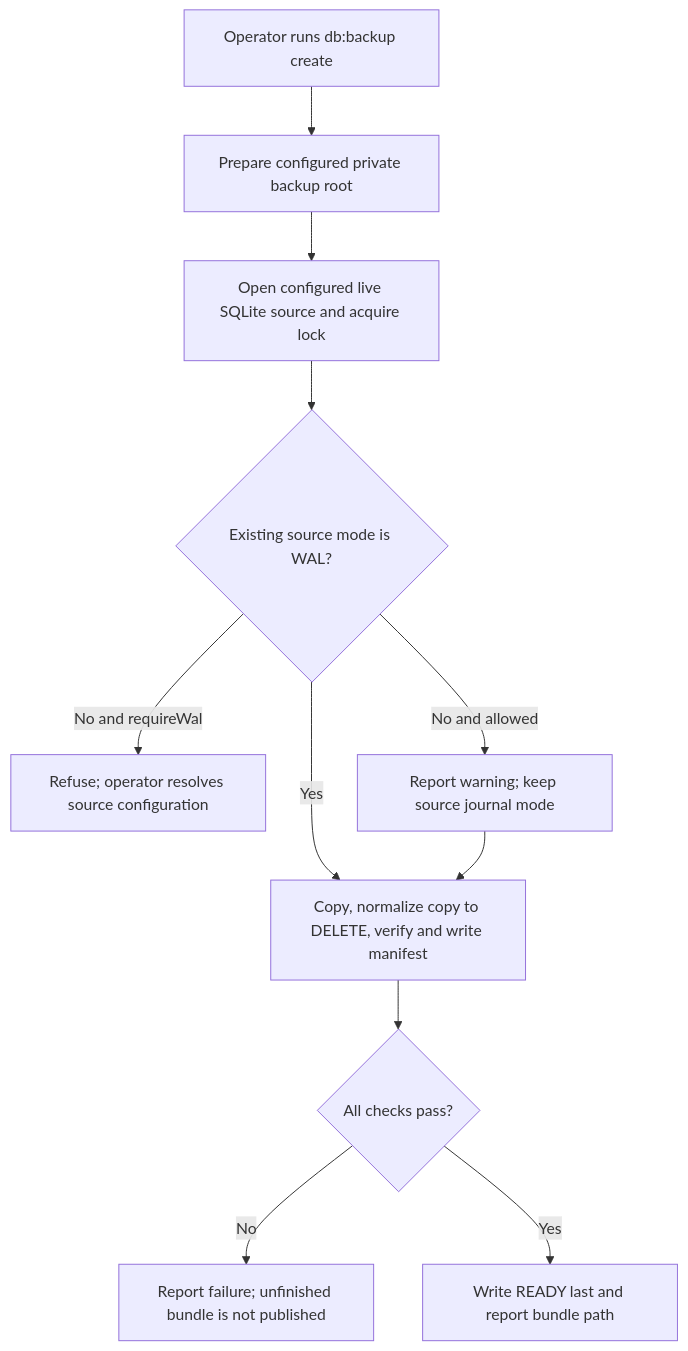
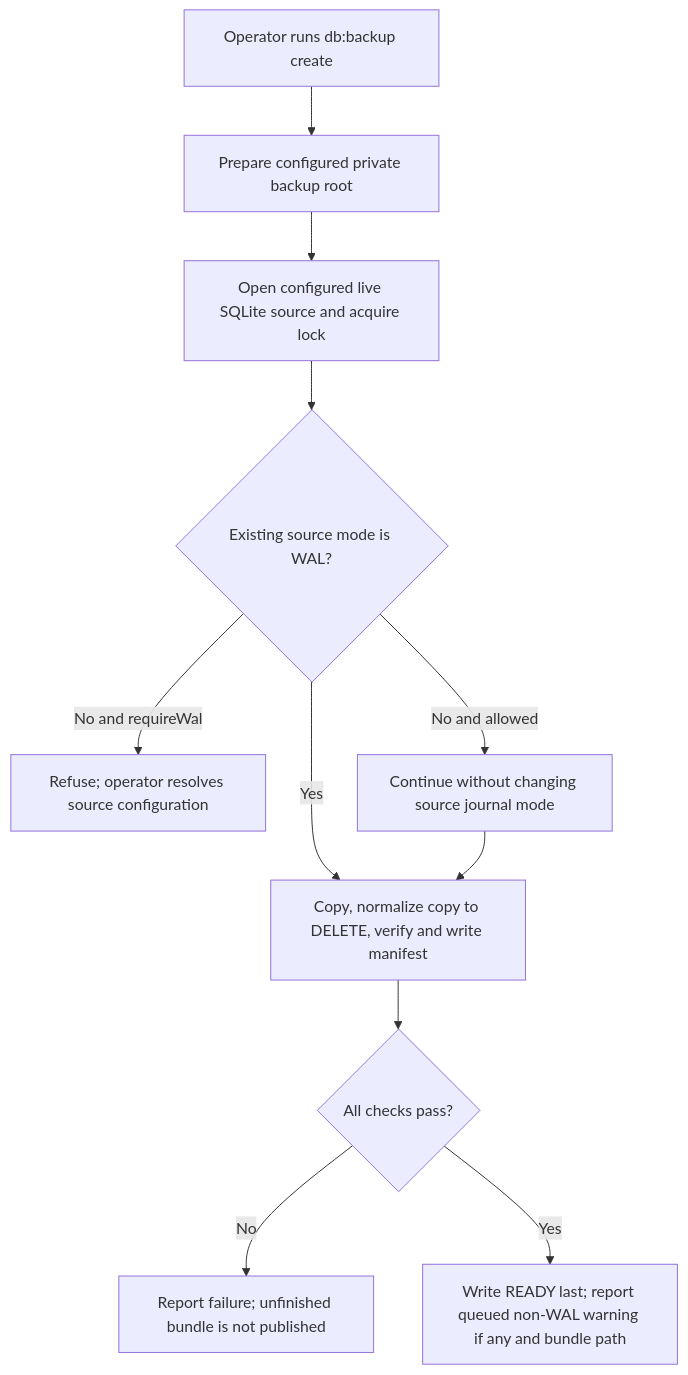
Before and after one commit to Kevinjohn/oss-adonisjs-sqlite-backup: the first of 2 diagrams in user-stories/create-bundle/us-op-01-create-bundle.md, drawn with Mermaid. The commit also changed 2 other files, not shown here.

Commit message:
docs: correct catalogue behavior and recovery flows

````diff
--- a/user-stories/create-bundle/us-op-01-create-bundle.md
+++ b/user-stories/create-bundle/us-op-01-create-bundle.md
@@ -22,13 +22,13 @@
 ```mermaid
 flowchart TD
     A["Operator runs db:backup create"] --> B["Prepare configured private backup root"]
     B --> C["Open configured live SQLite source and acquire lock"]
     C --> J{"Existing source mode is WAL?"}
     J -->|No and requireWal| K["Refuse; operator resolves source configuration"]
-    J -->|No and allowed| L["Report warning; keep source journal mode"]
+    J -->|No and allowed| L["Continue without changing source journal mode"]
     J -->|Yes| D["Copy, normalize copy to DELETE, verify and write manifest"]
     L --> D
     D --> E{"All checks pass?"}
     E -->|No| F["Report failure; unfinished bundle is not published"]
-    E -->|Yes| G["Write READY last and report bundle path"]
+    E -->|Yes| G["Write READY last; report queued non-WAL warning if any and bundle path"]
 ```
````
